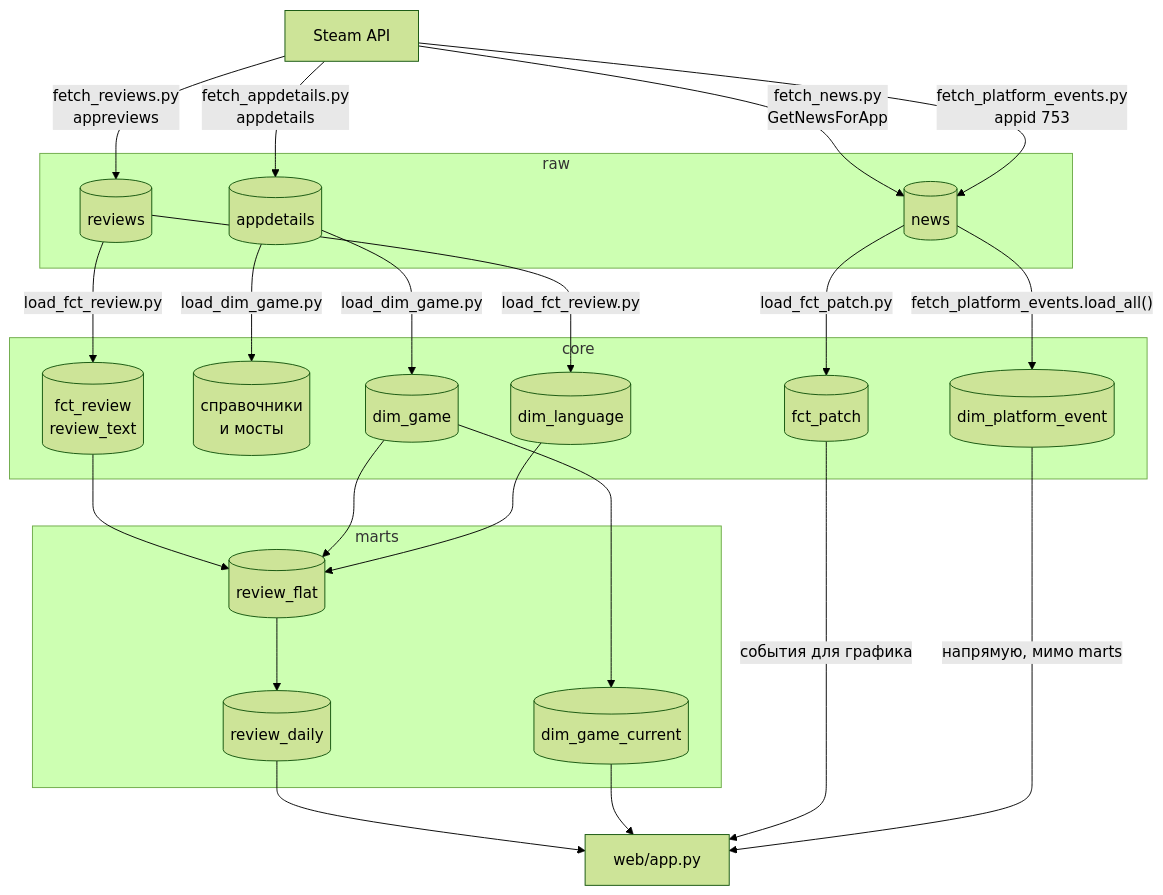
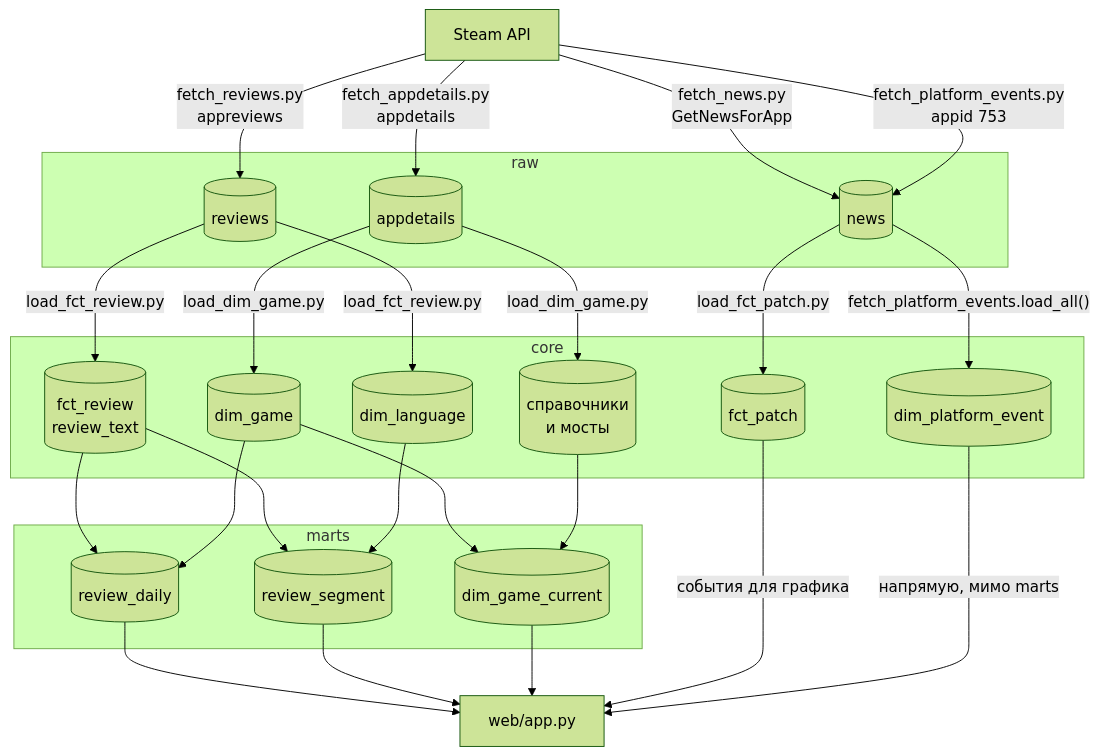
One commit to lebedev-ay/steam-health changed the first of 3 diagrams in docs/model.md. Above: the diagram before and after it, drawn with Mermaid (forest theme). The commit also changed other lines of this file and 2 other files, not shown here.

Commit message:
docs: витрины review_segment и dim_game_current, новая страница игры, закрытые пункты TODO
Claude-Session: https://claude.ai/code/session_019HokhdwkQSYdsaznms2K9F

````diff
--- a/docs/model.md
+++ b/docs/model.md
@@ -9,46 +9,48 @@
 ```mermaid
 flowchart TD
     STEAM["Steam API"]
     subgraph rawschema["raw"]
         RAW_REV[("reviews")]
         RAW_NEWS[("news")]
         RAW_DET[("appdetails")]
     end
     subgraph coreschema["core"]
         C_GAME[("dim_game")]
         C_REF[("справочники<br>и мосты")]
         C_REVIEW[("fct_review<br>review_text")]
         C_LANG[("dim_language")]
         C_PATCH[("fct_patch")]
         C_PLATFORM[("dim_platform_event")]
     end
     subgraph martsschema["marts"]
-        M_FLAT[("review_flat")]
         M_DAILY[("review_daily")]
+        M_SEG[("review_segment")]
         M_CUR[("dim_game_current")]
     end
     WEB["web/app.py"]
 
     STEAM -->|"fetch_reviews.py<br>appreviews"| RAW_REV
     STEAM -->|"fetch_news.py<br>GetNewsForApp"| RAW_NEWS
     STEAM -->|"fetch_appdetails.py<br>appdetails"| RAW_DET
     STEAM -->|"fetch_platform_events.py<br>appid 753"| RAW_NEWS
 
     RAW_REV -->|"load_fct_review.py"| C_REVIEW
     RAW_REV -->|"load_fct_review.py"| C_LANG
     RAW_DET -->|"load_dim_game.py"| C_GAME
     RAW_DET -->|"load_dim_game.py"| C_REF
     RAW_NEWS -->|"load_fct_patch.py"| C_PATCH
     RAW_NEWS -->|"fetch_platform_events.load_all()"| C_PLATFORM
 
-    C_REVIEW --> M_FLAT
-    C_GAME --> M_FLAT
-    C_LANG --> M_FLAT
+    C_REVIEW --> M_DAILY
+    C_GAME --> M_DAILY
+    C_REVIEW --> M_SEG
+    C_LANG --> M_SEG
     C_GAME --> M_CUR
-    M_FLAT --> M_DAILY
+    C_REF --> M_CUR
 
     M_DAILY --> WEB
+    M_SEG --> WEB
     M_CUR --> WEB
     C_PATCH -->|"события для графика"| WEB
     C_PLATFORM -->|"напрямую, мимо marts"| WEB
 ```
````
